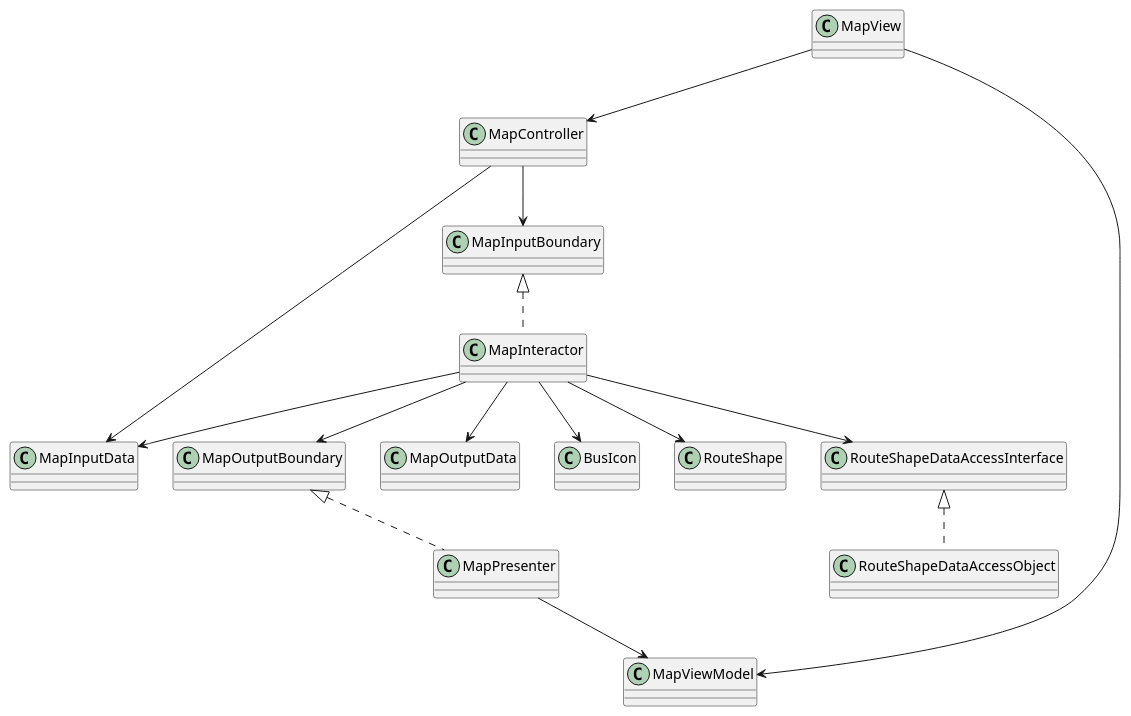
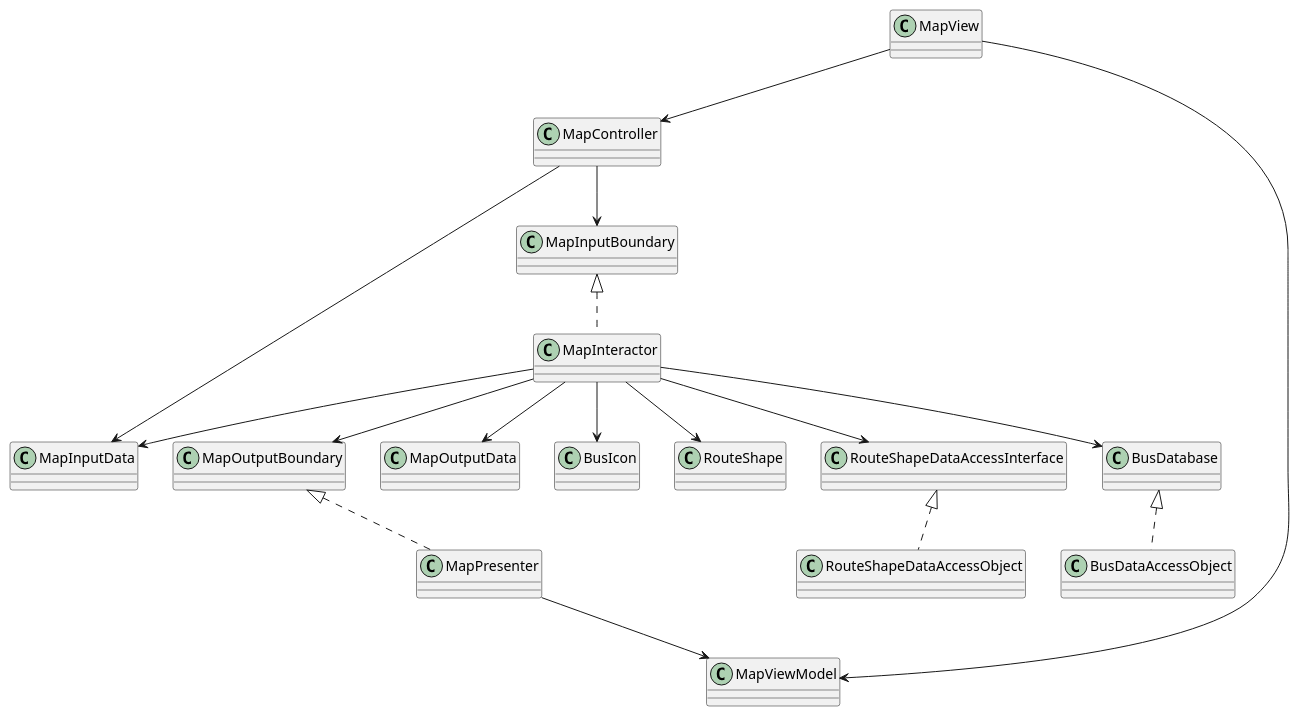
Before and after one commit to tenko08/team-project: the diagram in src/main/resources/map.puml, drawn with PlantUML. The commit also changed 3 other files, not shown here.

```diff
--- a/src/main/resources/map.puml
+++ b/src/main/resources/map.puml
@@ -1,33 +1,37 @@
 @startuml
 
 class MapController
 class MapInputBoundary
 class MapInteractor
 class MapOutputBoundary
 class MapPresenter
 class MapInputData
 class MapOutputData
 class BusIcon
 class RouteShape
 class MapViewModel
 class RouteShapeDataAccessInterface
 class RouteShapeDataAccessObject
 class MapView
+class BusDatabase
+class BusDataAccessObject
 
 MapInputBoundary <|.. MapInteractor
 MapOutputBoundary <|.. MapPresenter
 
 MapView --> MapViewModel
 MapController --> MapInputData
 MapController --> MapInputBoundary
 MapInteractor --> MapOutputBoundary
 MapInteractor --> MapInputData
 MapInteractor --> MapOutputData
 MapInteractor --> BusIcon
 MapInteractor --> RouteShape
 MapInteractor --> RouteShapeDataAccessInterface
 RouteShapeDataAccessInterface <|.. RouteShapeDataAccessObject
 MapView --> MapController
 MapPresenter --> MapViewModel
+BusDatabase <|.. BusDataAccessObject
+MapInteractor --> BusDatabase
 
 @enduml
```
